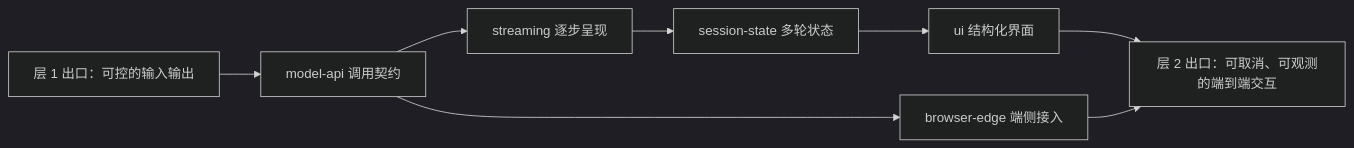
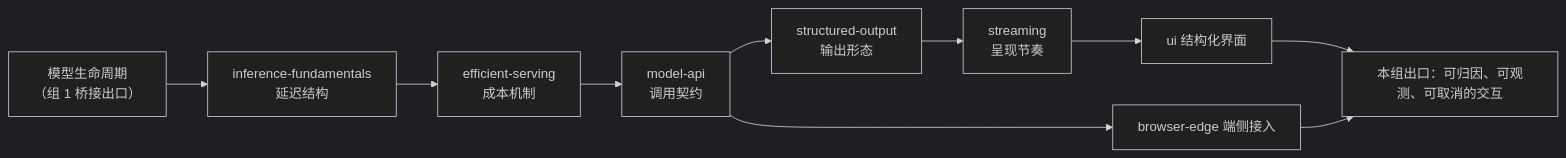
The diagram in docs/zh/tech/02-inference-interface/index.md (zenHeart/learn-ai), drawn with Mermaid (dark theme) before and after one commit. The commit also changed other lines of this file and 61 other files, not shown here.

First line of the commit message:
feat(waveA): add v6 group pages — model-lifecycle bridges, inference pair, context split, hooks, agentops, advanced cards

````diff
--- a/docs/zh/tech/02-inference-interface/index.md
+++ b/docs/zh/tech/02-inference-interface/index.md
@@ -35,10 +33,12 @@
 ```mermaid
 flowchart LR
-    A[层 1 出口：可控的输入输出] --> B[model-api 调用契约]
-    B --> C[streaming 逐步呈现]
-    C --> D[session-state 多轮状态]
-    D --> E[ui 结构化界面]
-    B --> F[browser-edge 端侧接入]
-    E --> G[层 2 出口：可取消、可观测的端到端交互]
-    F --> G
+    A[模型生命周期<br/>（组 1 桥接出口）] --> B[inference-fundamentals<br/>延迟结构]
+    B --> C[efficient-serving<br/>成本机制]
+    C --> D[model-api<br/>调用契约]
+    D --> E[structured-output<br/>输出形态]
+    E --> F[streaming<br/>呈现节奏]
+    F --> G[ui 结构化界面]
+    D --> H[browser-edge 端侧接入]
+    G --> I[本组出口：可归因、可观测、可取消的交互]
+    H --> I
 ```
````
